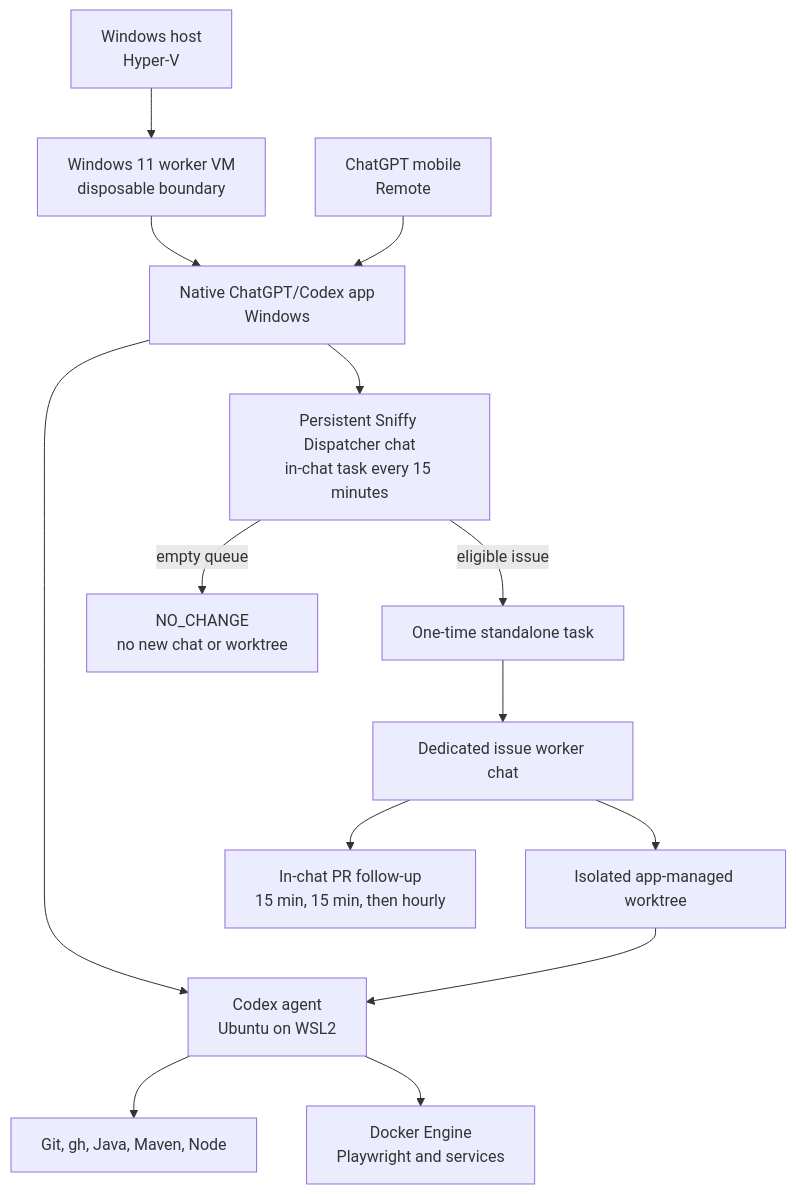
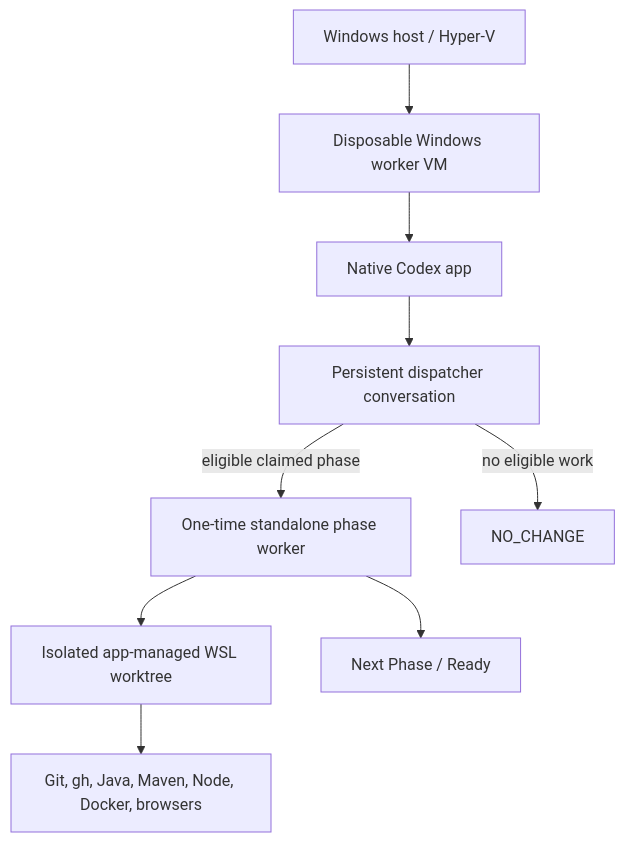
The diagram in docs/local-codex-worker.md (sniffy/sniffy), drawn with Mermaid before and after one commit. The commit also changed other lines of this file, not shown here.

Commit message:
Align local Codex VM runbook with phase workers

````diff
--- a/docs/local-codex-worker.md
+++ b/docs/local-codex-worker.md
@@ -12,16 +13,11 @@
 ```mermaid
 flowchart TD
-    Host["Windows host<br/>Hyper-V"] --> VM["Windows 11 worker VM<br/>disposable boundary"]
-    VM --> App["Native ChatGPT/Codex app<br/>Windows"]
-    Phone["ChatGPT mobile<br/>Remote"] --> App
-    App --> Dispatcher["Persistent Sniffy Dispatcher chat<br/>in-chat task every 15 minutes"]
-    Dispatcher -->|"eligible issue"| WorkerTask["One-time standalone task"]
-    WorkerTask --> WorkerChat["Dedicated issue worker chat"]
-    WorkerChat --> Worktree["Isolated app-managed worktree"]
-    Dispatcher -->|"empty queue"| NoOp["NO_CHANGE<br/>no new chat or worktree"]
-    App --> WSL["Codex agent<br/>Ubuntu on WSL2"]
-    Worktree --> WSL
-    WSL --> Repo["Git, gh, Java, Maven, Node"]
-    WSL --> Docker["Docker Engine<br/>Playwright and services"]
-    WorkerChat --> FollowUp["In-chat PR follow-up<br/>15 min, 15 min, then hourly"]
+    Host["Windows host / Hyper-V"] --> VM["Disposable Windows worker VM"]
+    VM --> App["Native Codex app"]
+    App --> Dispatcher["Persistent dispatcher conversation"]
+    Dispatcher -->|"eligible claimed phase"| Worker["One-time standalone phase worker"]
+    Dispatcher -->|"no eligible work"| NoOp["NO_CHANGE"]
+    Worker --> Worktree["Isolated app-managed WSL worktree"]
+    Worktree --> Tools["Git, gh, Java, Maven, Node, Docker, browsers"]
+    Worker --> Handoff["Next Phase / Ready"]
 ```
````
